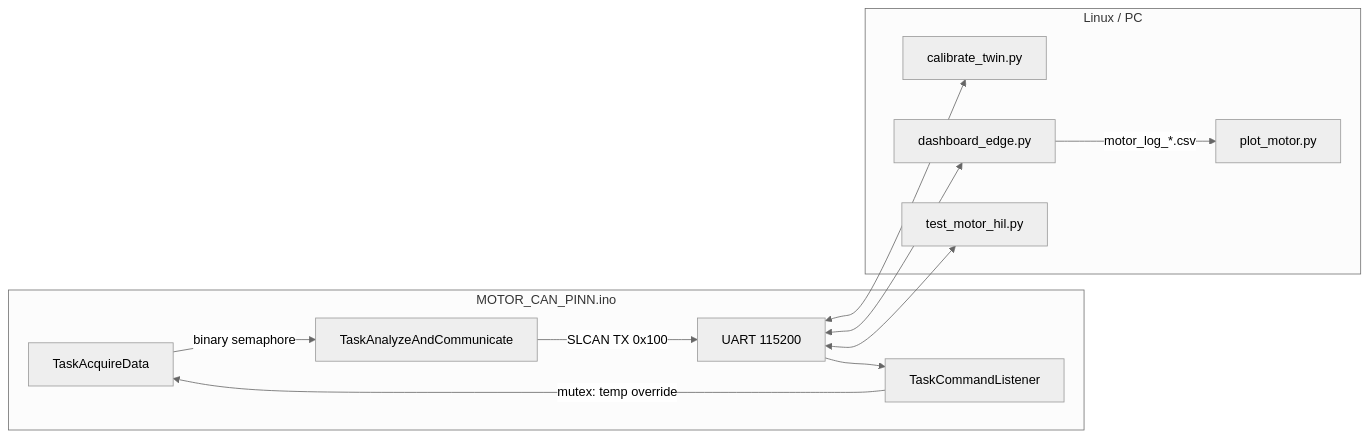
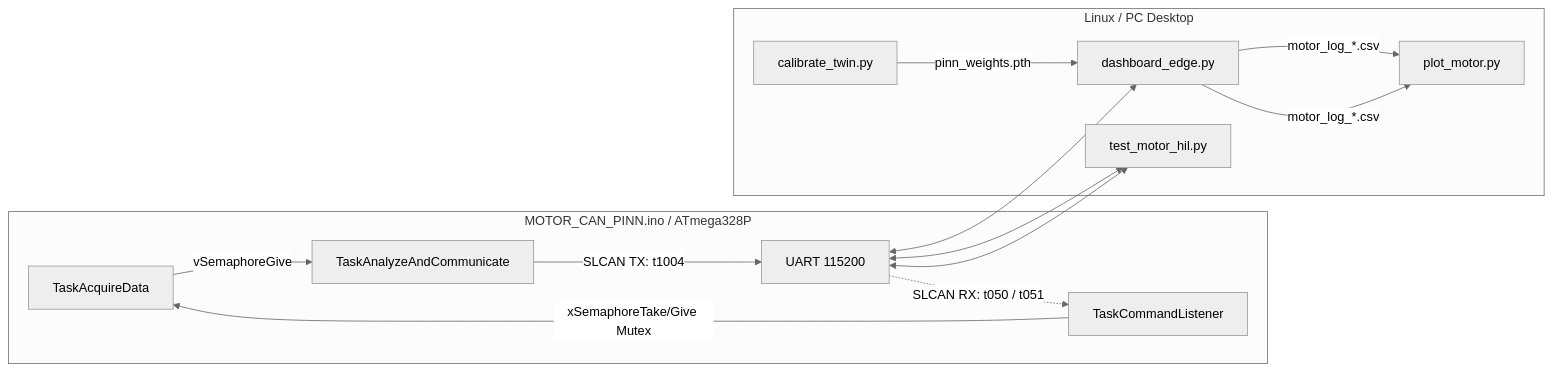
One commit to slymyname/Motor_PINN_IIOT changed the diagram in README.md. Above: the diagram before and after it, drawn with Mermaid (neutral theme).

Commit message:
Revise system architecture diagram in README
Updated system architecture diagram in README.md to reflect changes in semaphore usage and data flow.

````diff
--- a/README.md
+++ b/README.md
@@ -9,22 +9,27 @@
 ```mermaid
 flowchart LR
-  subgraph mcu [MOTOR_CAN_PINN.ino]
+  subgraph mcu [MOTOR_CAN_PINN.ino / ATmega328P]
     A[TaskAcquireData]
     B[TaskAnalyzeAndCommunicate]
     C[TaskCommandListener]
-    A -->|binary semaphore| B
-    C -->|mutex: temp override| A
-    B -->|SLCAN TX 0x100| UART[UART 115200]
-    UART --> C
+    A -->|vSemaphoreGive| B
+    C -->|xSemaphoreTake/Give Mutex| A
+    B -->|SLCAN TX: t1004| UART[UART 115200]
+    UART -.->|SLCAN RX: t050 / t051| C
   end
-  subgraph host [Linux / PC]
+
+  subgraph host [Linux / PC Desktop]
     CAL[calibrate_twin.py]
     DASH[dashboard_edge.py]
     HIL[test_motor_hil.py]
     PLOT[plot_motor.py]
+    
+    CAL -->|pinn_weights.pth| DASH
+    DASH -->|motor_log_*.csv| PLOT
   end
-  UART <--> CAL
+
   UART <--> DASH
+  UART <--> HIL
   UART <--> HIL
   DASH -->|motor_log_*.csv| PLOT
 ```
````
